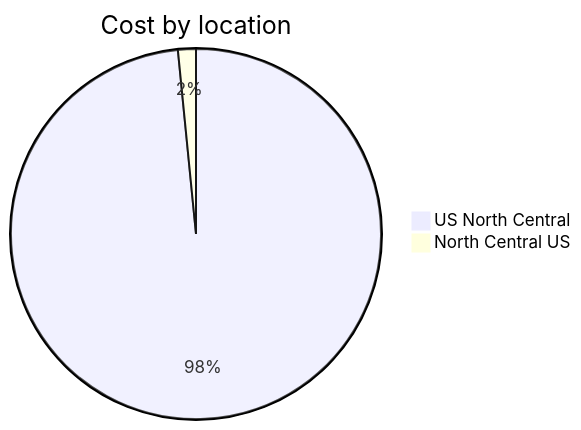
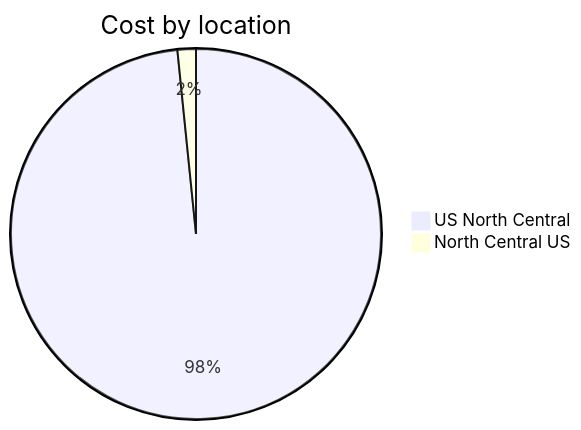
The third of 4 diagrams in cost-reports/personal-network/backup-server-data-disk.md (jpfulton/azure-personal-reports), drawn with Mermaid before and after one commit. The commit also changed other lines of this file and 8 other files, not shown here.

````diff
--- a/cost-reports/personal-network/backup-server-data-disk.md
+++ b/cost-reports/personal-network/backup-server-data-disk.md
@@ -108,6 +108,6 @@
 ```mermaid
 pie
    title Cost by location
-   "US North Central" : 18.25
-   "North Central US" : 0.29
+   "US North Central" : 18.98
+   "North Central US" : 0.31
 ```
````
